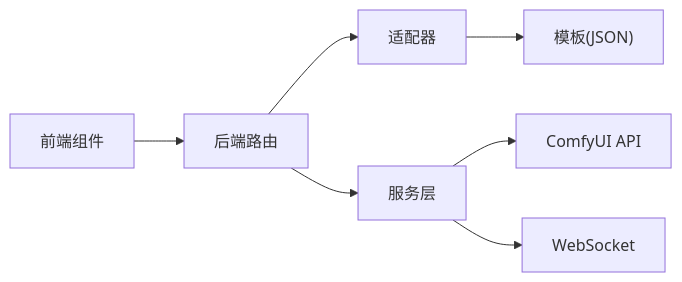
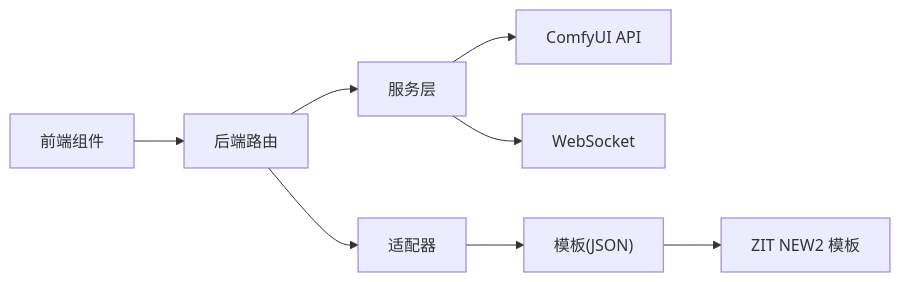
Before and after one commit to billye220670/CorineKit_Pix2Real: the fourth of 4 diagrams in .qoder/repowiki/zh/content/工作流系统/工作流模板管理.md, drawn with Mermaid. The commit also changed other lines of this file and 21 other files, not shown here.

````diff
--- a/.qoder/repowiki/zh/content/工作流系统/工作流模板管理.md
+++ b/.qoder/repowiki/zh/content/工作流系统/工作流模板管理.md
@@ -255,9 +280,10 @@
 ```mermaid
 graph LR
 FE["前端组件"] --> RT["后端路由"]
 RT --> AD["适配器"]
 RT --> SV["服务层"]
 SV --> API["ComfyUI API"]
 SV --> WS["WebSocket"]
 AD --> TPL["模板(JSON)"]
+TPL --> NEW2["ZIT NEW2 模板"]
 ```
````
